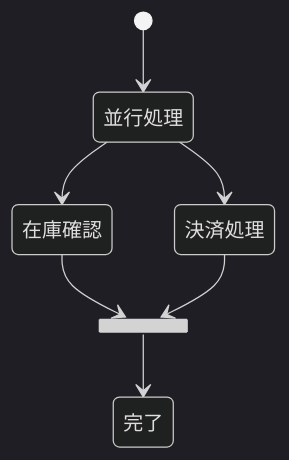
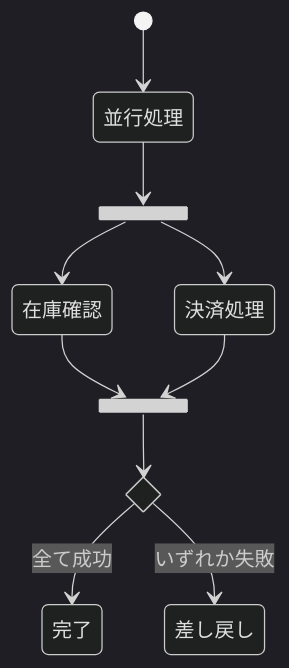
The seventh of 7 diagrams in .claude/skills/mermaid-guide/references/pattern-state.md (daidaiiro-519/has-udd), drawn with Mermaid (dark theme) before and after one commit. The commit also changed other lines of this file and 26 other files, not shown here.

````diff
--- a/.claude/skills/mermaid-guide/references/pattern-state.md
+++ b/.claude/skills/mermaid-guide/references/pattern-state.md
@@ -72,14 +257,19 @@
 ```mermaid
 stateDiagram-v2
     [*] --> 並行処理
 
-    state 並行処理 <<fork>>
-        並行処理 --> 在庫確認
-        並行処理 --> 決済処理
+    state fork_state <<fork>>
+    state join_state <<join>>
 
-    state 結合 <<join>>
-        在庫確認 --> 結合
-        決済処理 --> 結合
+    並行処理 --> fork_state
+    fork_state --> 在庫確認
+    fork_state --> 決済処理
 
-    結合 --> 完了
+    在庫確認 --> join_state
+    決済処理 --> join_state
+
+    state 判定 <<choice>>
+    join_state --> 判定
+    判定 --> 完了 : 全て成功
+    判定 --> 差し戻し : いずれか失敗
 ```
````
